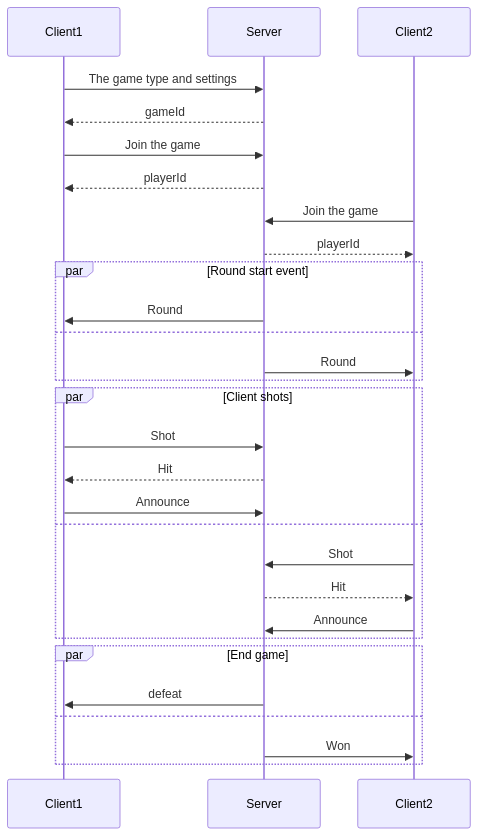
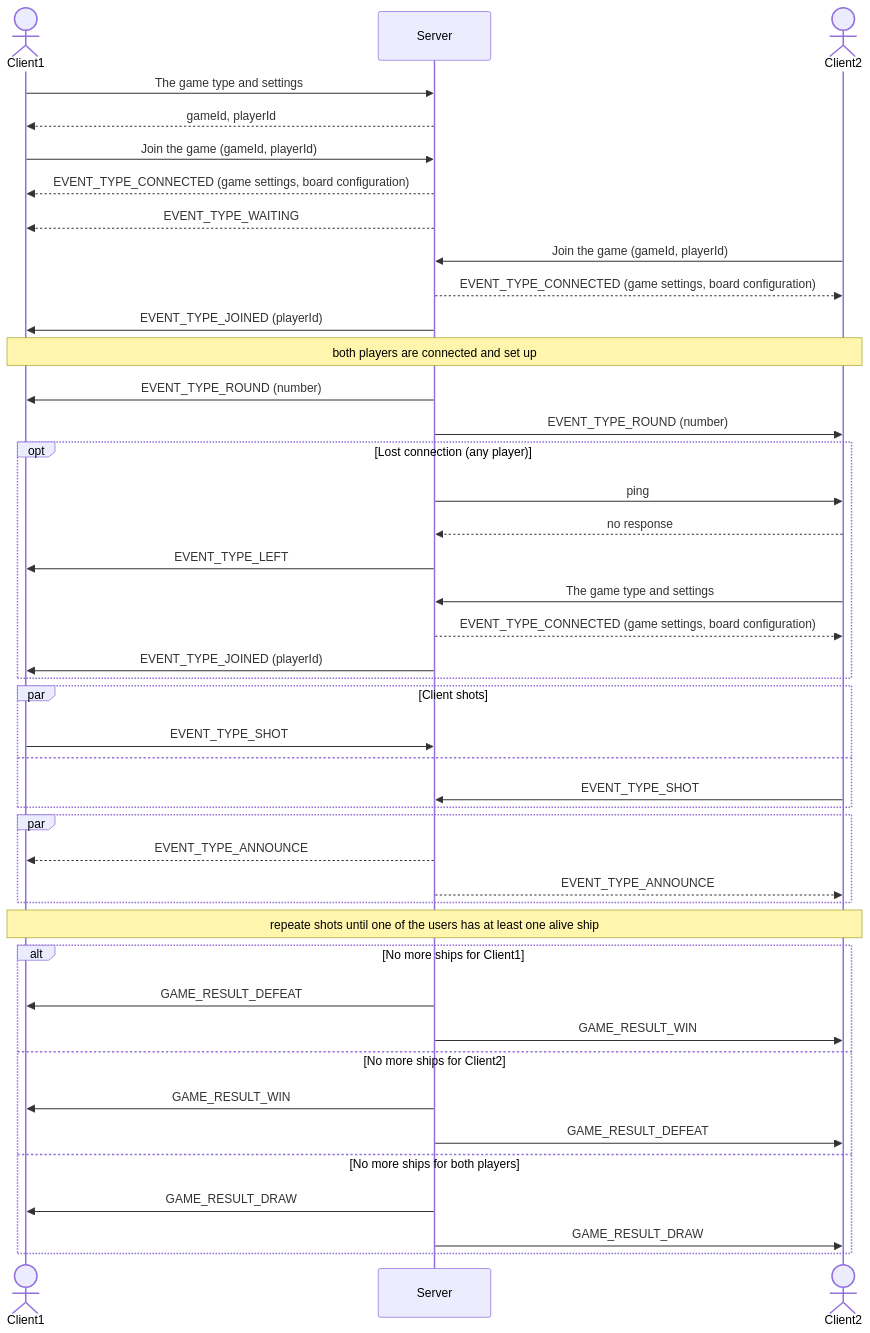
Before and after one commit to np25071984/battleships: the diagram in README.md, drawn with Mermaid. The commit also changed other lines of this file and 10 other files, not shown here.

````diff
--- a/README.md
+++ b/README.md
@@ -37,28 +40,45 @@
 ```mermaid
 sequenceDiagram
+    actor Client1
+    participant Server
+    actor Client2
     Client1->>Server: The game type and settings
-    Server-->>Client1: gameId
-    Client1->>Server: Join the game
-    Server-->>Client1: playerId
-    Client2->>Server: Join the game
-    Server-->>Client2: playerId
-    par Round start event
-        Server->>Client1: Round
-    and
-        Server->>Client2: Round
+    Server-->>Client1: gameId, playerId
+    Client1->>Server: Join the game (gameId, playerId)
+    Server-->>Client1: EVENT_TYPE_CONNECTED (game settings, board configuration)
+    Server-->>Client1: EVENT_TYPE_WAITING
+    Client2->>Server: Join the game (gameId, playerId)
+    Server-->>Client2: EVENT_TYPE_CONNECTED (game settings, board configuration)
+    Server->>Client1: EVENT_TYPE_JOINED (playerId)
+    Note over Client1, Client2: both players are connected and set up
+    Server->>Client1: EVENT_TYPE_ROUND (number)
+    Server->>Client2: EVENT_TYPE_ROUND (number)
+    opt Lost connection (any player)
+        Server->>Client2: ping
+        Client2-->>Server: no response
+        Server->>Client1: EVENT_TYPE_LEFT
+        Client2->>Server: The game type and settings
+        Server-->>Client2: EVENT_TYPE_CONNECTED (game settings, board configuration)
+        Server->>Client1: EVENT_TYPE_JOINED (playerId)
     end
     par Client shots
-        Client1->>Server: Shot
-        Server-->>Client1: Hit
-        Client1->>Server: Announce
+        Client1->>Server: EVENT_TYPE_SHOT
     and
-        Client2->>Server: Shot
-        Server-->>Client2: Hit
-        Client2->>Server: Announce
+        Client2->>Server: EVENT_TYPE_SHOT
     end
-    par End game
-        Server->>Client1: defeat
-    and
-        Server->>Client2: Won
+    par
+        Server-->>Client1: EVENT_TYPE_ANNOUNCE
+        Server-->>Client2: EVENT_TYPE_ANNOUNCE
+    end
+    Note over Client1, Client2: repeate shots until one of the users has at least one alive ship
+    alt No more ships for Client1
+        Server->>Client1: GAME_RESULT_DEFEAT
+        Server->>Client2: GAME_RESULT_WIN
+    else No more ships for Client2
+        Server->>Client1: GAME_RESULT_WIN
+        Server->>Client2: GAME_RESULT_DEFEAT
+    else No more ships for both players
+        Server->>Client1: GAME_RESULT_DRAW
+        Server->>Client2: GAME_RESULT_DRAW
     end
 ```
````
